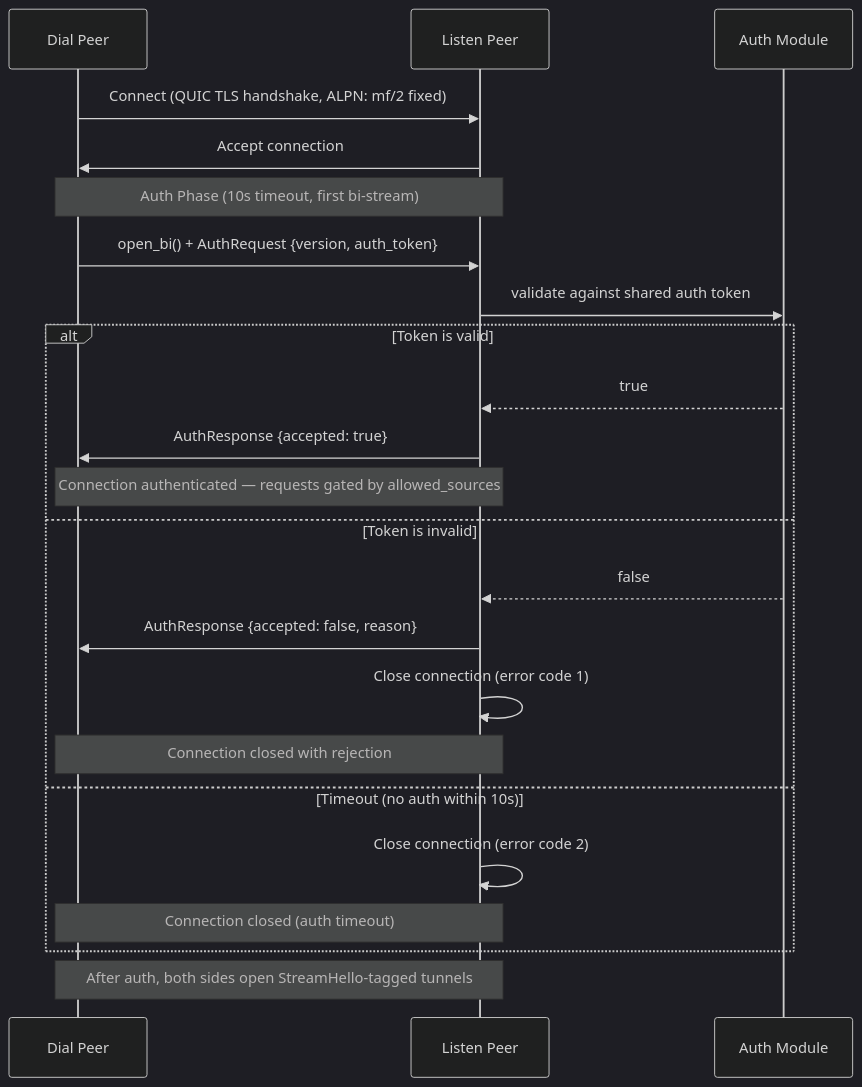
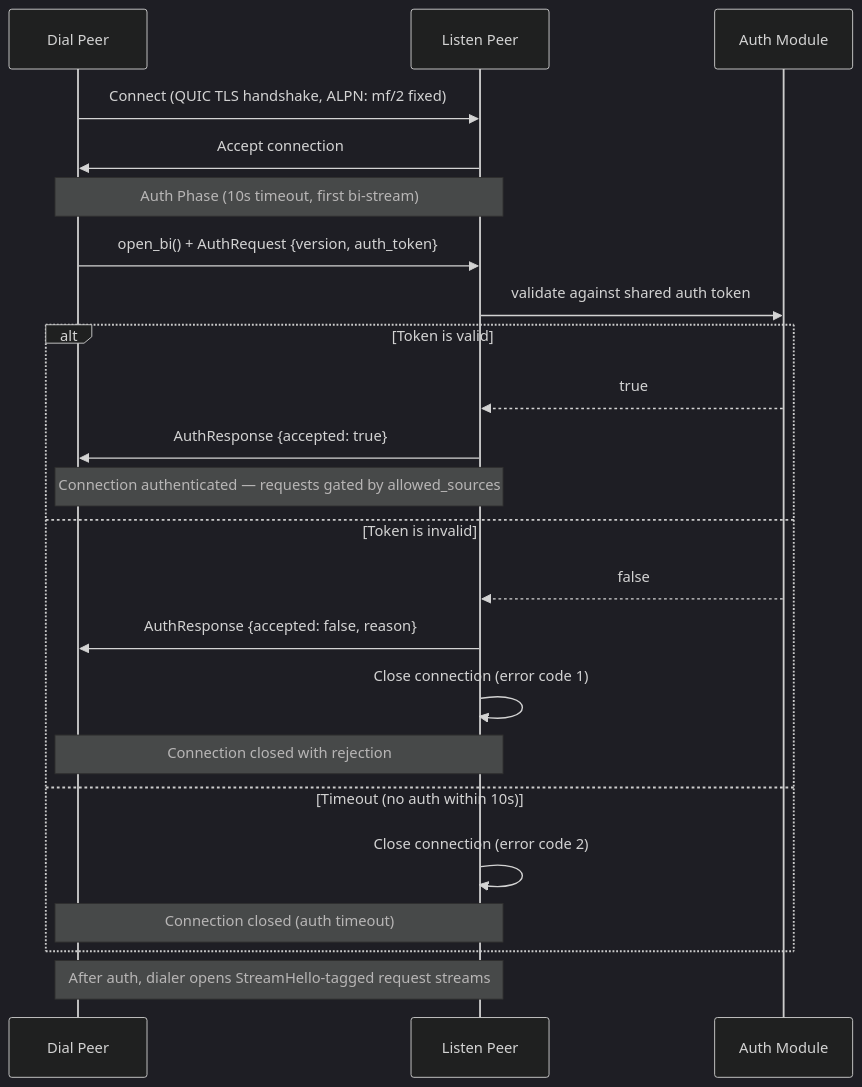
One commit to andrewtheguy/duopipe changed diagram 17 of 24 in docs/ARCHITECTURE.md. Above: the diagram before and after it, drawn with Mermaid (dark theme). The commit also changed other lines of this file and 6 other files, not shown here.

Commit message:
docs: update README and architecture documentation to clarify interactive peer roles and dial session handling

````diff
--- a/docs/ARCHITECTURE.md
+++ b/docs/ARCHITECTURE.md
@@ -608,28 +605,28 @@
 ```mermaid
 sequenceDiagram
     participant D as Dial Peer
     participant L as Listen Peer
     participant A as Auth Module
 
     D->>L: Connect (QUIC TLS handshake, ALPN: mf/2 fixed)
     L->>D: Accept connection
 
     Note over D,L: Auth Phase (10s timeout, first bi-stream)
     D->>L: open_bi() + AuthRequest {version, auth_token}
     L->>A: validate against shared auth token
     alt Token is valid
         A-->>L: true
         L->>D: AuthResponse {accepted: true}
         Note over L,D: Connection authenticated — requests gated by allowed_sources
     else Token is invalid
         A-->>L: false
         L->>D: AuthResponse {accepted: false, reason}
         L->>L: Close connection (error code 1)
         Note over L,D: Connection closed with rejection
     else Timeout (no auth within 10s)
         L->>L: Close connection (error code 2)
         Note over L,D: Connection closed (auth timeout)
     end
 
-    Note over D,L: After auth, both sides open StreamHello-tagged tunnels
+    Note over D,L: After auth, dialer opens StreamHello-tagged request streams
 ```
````
